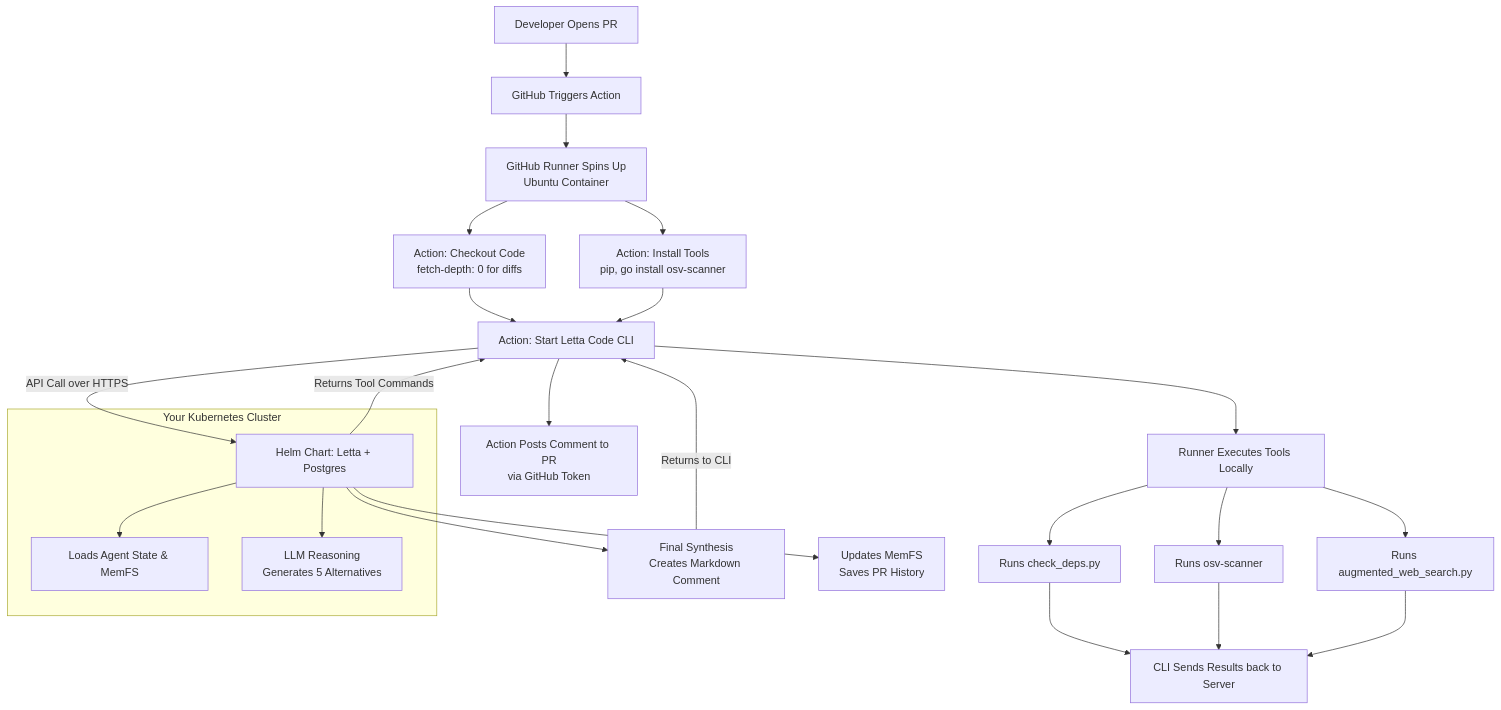
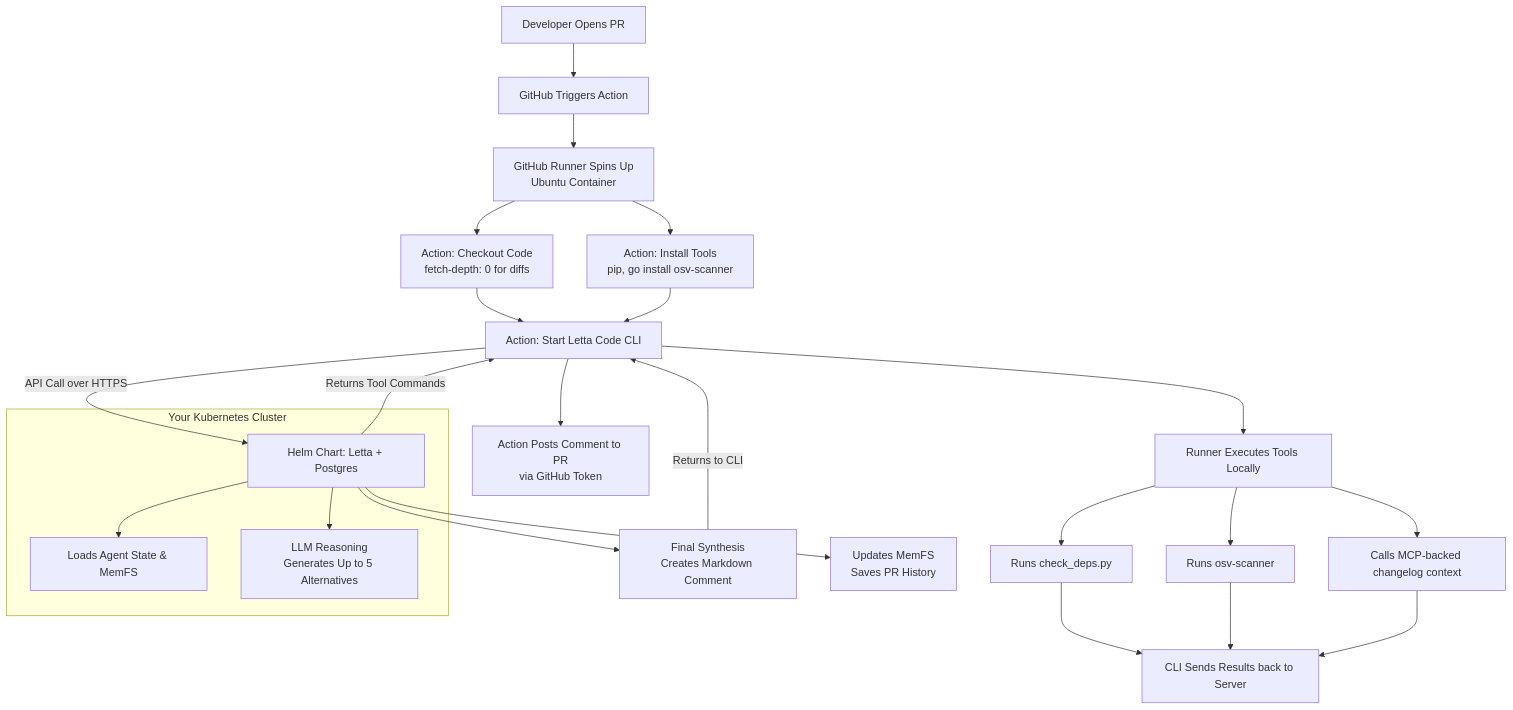
The diagram in approaches/zai/Plan2_Cluster_Baseline_Addendum.md (Coldaine/pr-advisory-agent), drawn with Mermaid before and after one commit. The commit also changed 8 other files, not shown here.

````diff
--- a/approaches/zai/Plan2_Cluster_Baseline_Addendum.md
+++ b/approaches/zai/Plan2_Cluster_Baseline_Addendum.md
@@ -32,35 +32,35 @@
 ```mermaid
 flowchart TD
     A[Developer Opens PR] --> B[GitHub Triggers Action]
     B --> C[GitHub Runner Spins Up<br/>Ubuntu Container]
     C --> D[Action: Checkout Code<br/>fetch-depth: 0 for diffs]
     C --> E[Action: Install Tools<br/>pip, go install osv-scanner]
 
     D --> F[Action: Start Letta Code CLI]
     E --> F
 
     F -->|API Call over HTTPS| G[Letta Server in K8s]
 
     subgraph K8s [Your Kubernetes Cluster]
     G[Helm Chart: Letta + Postgres]
     G --> H[Loads Agent State & MemFS]
-    G --> I[LLM Reasoning<br/>Generates 5 Alternatives]
+    G --> I[LLM Reasoning<br/>Generates Up to 5 Alternatives]
     end
 
     G -->|Returns Tool Commands| F
 
     F --> J[Runner Executes Tools Locally]
     J --> K[Runs check_deps.py]
     J --> L[Runs osv-scanner]
-    J --> M[Runs augmented_web_search.py]
+    J --> M[Calls MCP-backed changelog context]
 
     K --> N[CLI Sends Results back to Server]
     L --> N
     M --> N
 
     G --> O[Final Synthesis<br/>Creates Markdown Comment]
     O -->|Returns to CLI| F
 
     F --> P[Action Posts Comment to PR<br/>via GitHub Token]
     G --> Q[Updates MemFS<br/>Saves PR History]
 ```
````
